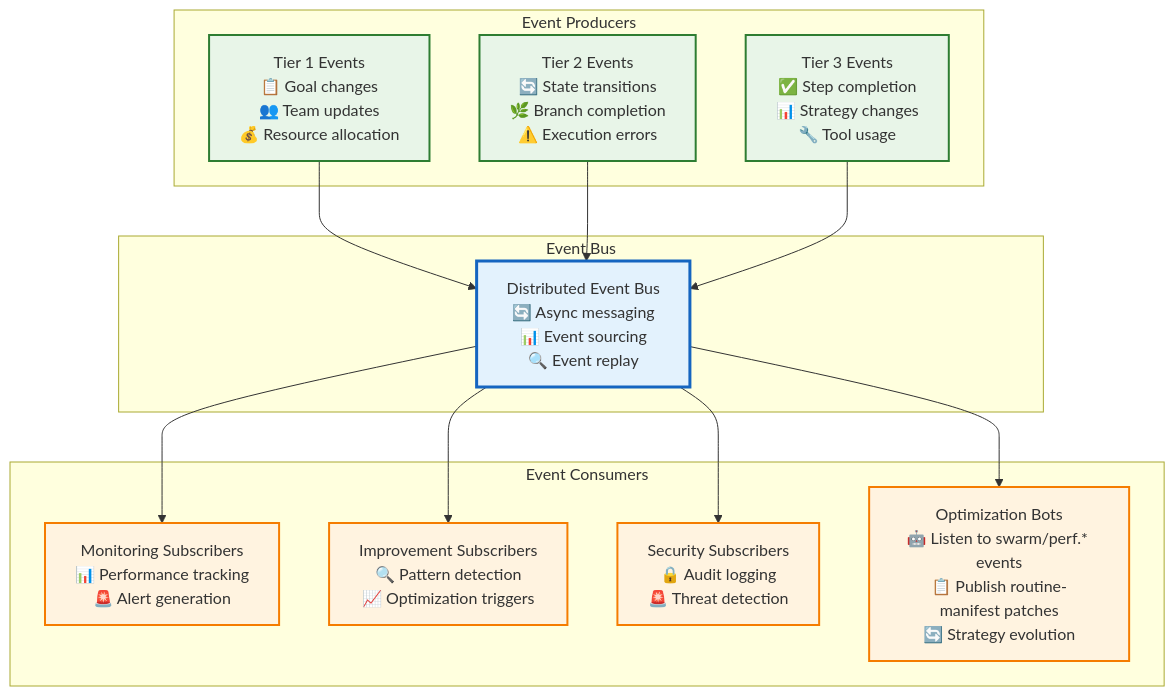
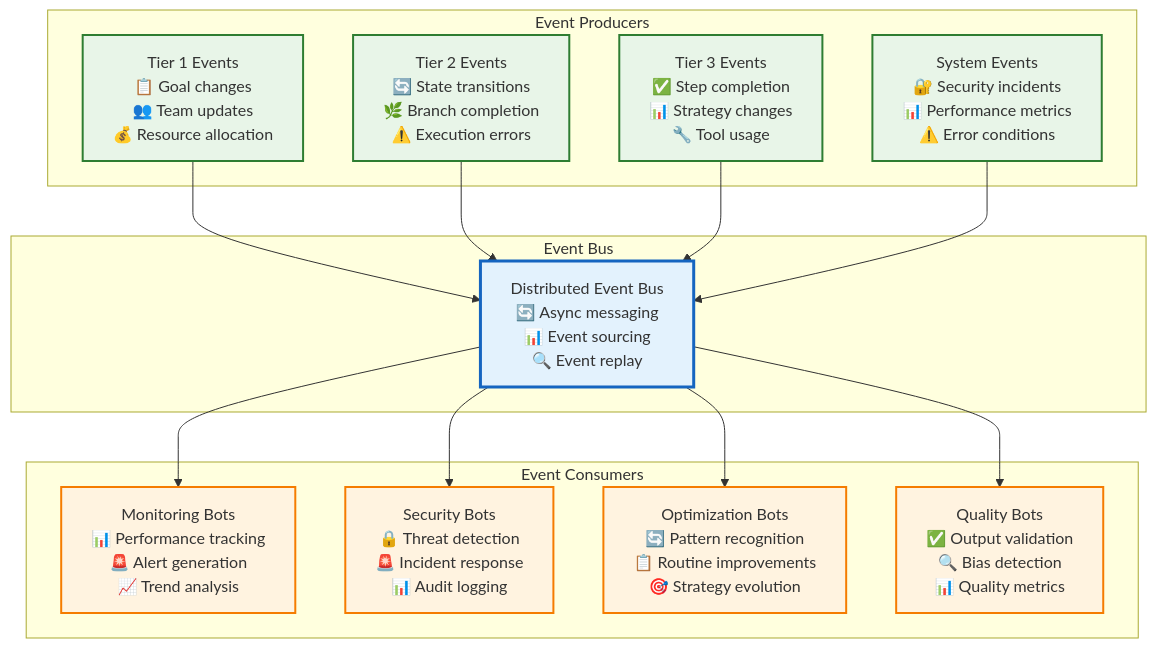
Before and after one commit to Vrooli/Vrooli: diagram 30 of 50 in docs/ai-execution-architecture.md, drawn with Mermaid. The commit also changed other lines of this file, not shown here.

Commit message:
Execution architecture p8

````diff
--- a/docs/ai-execution-architecture.md
+++ b/docs/ai-execution-architecture.md
@@ -2011,37 +2023,38 @@
 ```mermaid
 graph TB
     subgraph "Event Bus"
         EventBus[Distributed Event Bus<br/>🔄 Async messaging<br/>📊 Event sourcing<br/>🔍 Event replay]
     end
     
     subgraph "Event Producers"
         T1Events[Tier 1 Events<br/>📋 Goal changes<br/>👥 Team updates<br/>💰 Resource allocation]
         T2Events[Tier 2 Events<br/>🔄 State transitions<br/>🌿 Branch completion<br/>⚠️ Execution errors]
         T3Events[Tier 3 Events<br/>✅ Step completion<br/>📊 Strategy changes<br/>🔧 Tool usage]
+        SystemEvents[System Events<br/>🔐 Security incidents<br/>📊 Performance metrics<br/>⚠️ Error conditions]
     end
     
     subgraph "Event Consumers"
-        MonitoringSub[Monitoring Subscribers<br/>📊 Performance tracking<br/>🚨 Alert generation]
-        ImprovementSub[Improvement Subscribers<br/>🔍 Pattern detection<br/>📈 Optimization triggers]
-        SecuritySub[Security Subscribers<br/>🔒 Audit logging<br/>🚨 Threat detection]
-        OptimizationBots[Optimization Bots<br/>🤖 Listen to swarm/perf.* events<br/>📋 Publish routine-manifest patches<br/>🔄 Strategy evolution]
+        MonitoringBots[Monitoring Bots<br/>📊 Performance tracking<br/>🚨 Alert generation<br/>📈 Trend analysis]
+        SecurityBots[Security Bots<br/>🔒 Threat detection<br/>🚨 Incident response<br/>📊 Audit logging]
+        OptimizationBots[Optimization Bots<br/>🔄 Pattern recognition<br/>📋 Routine improvements<br/>🎯 Strategy evolution]
+        QualityBots[Quality Bots<br/>✅ Output validation<br/>🔍 Bias detection<br/>📊 Quality metrics]
     end
     
     T1Events --> EventBus
     T2Events --> EventBus
     T3Events --> EventBus
+    SystemEvents --> EventBus
     
-    
-    EventBus --> MonitoringSub
-    EventBus --> ImprovementSub
-    EventBus --> SecuritySub
+    EventBus --> MonitoringBots
+    EventBus --> SecurityBots
     EventBus --> OptimizationBots
+    EventBus --> QualityBots
     
     classDef eventBus fill:#e3f2fd,stroke:#1565c0,stroke-width:3px
     classDef producers fill:#e8f5e8,stroke:#2e7d32,stroke-width:2px
     classDef consumers fill:#fff3e0,stroke:#f57c00,stroke-width:2px
     
     class EventBus eventBus
-    class T1Events,T2Events,T3Events producers
-    class MonitoringSub,ImprovementSub,SecuritySub,OptimizationBots consumers
+    class T1Events,T2Events,T3Events,SystemEvents producers
+    class MonitoringBots,SecurityBots,OptimizationBots,QualityBots consumers
 ```
````
